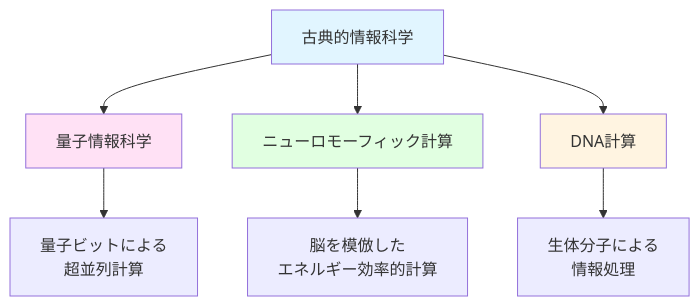
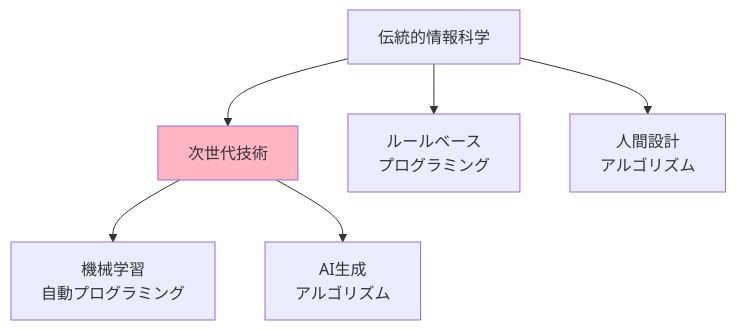
Before and after one commit to SparklingDetergent/doc_genai_mental_model: diagram 16 of 20 in AI/BySpecialty/InformationScience/README.MD, drawn with Mermaid. The commit also changed other lines of this file, not shown here.

````diff
--- a/AI/BySpecialty/InformationScience/README.MD
+++ b/AI/BySpecialty/InformationScience/README.MD
@@ -535,15 +427,12 @@
 ```mermaid
 graph TD
-    A[古典的情報科学] --> B[量子情報科学]
-    A --> C[ニューロモーフィック計算]
-    A --> D[DNA計算]
+    A[伝統的情報科学] --> B[次世代技術]
     
-    B --> B1[量子ビットによる<br/>超並列計算]
-    C --> C1[脳を模倣した<br/>エネルギー効率的計算]
-    D --> D1[生体分子による<br/>情報処理]
+    A --> A1[ルールベース<br/>プログラミング]
+    B --> B1[機械学習<br/>自動プログラミング]
     
-    style A fill:#e1f5ff
-    style B fill:#ffe1f5
-    style C fill:#e1ffe1
-    style D fill:#fff4e1
+    A --> A2[人間設計<br/>アルゴリズム]
+    B --> B2[AI生成<br/>アルゴリズム]
+    
+    style B fill:#FFB6C1
 ```
````
